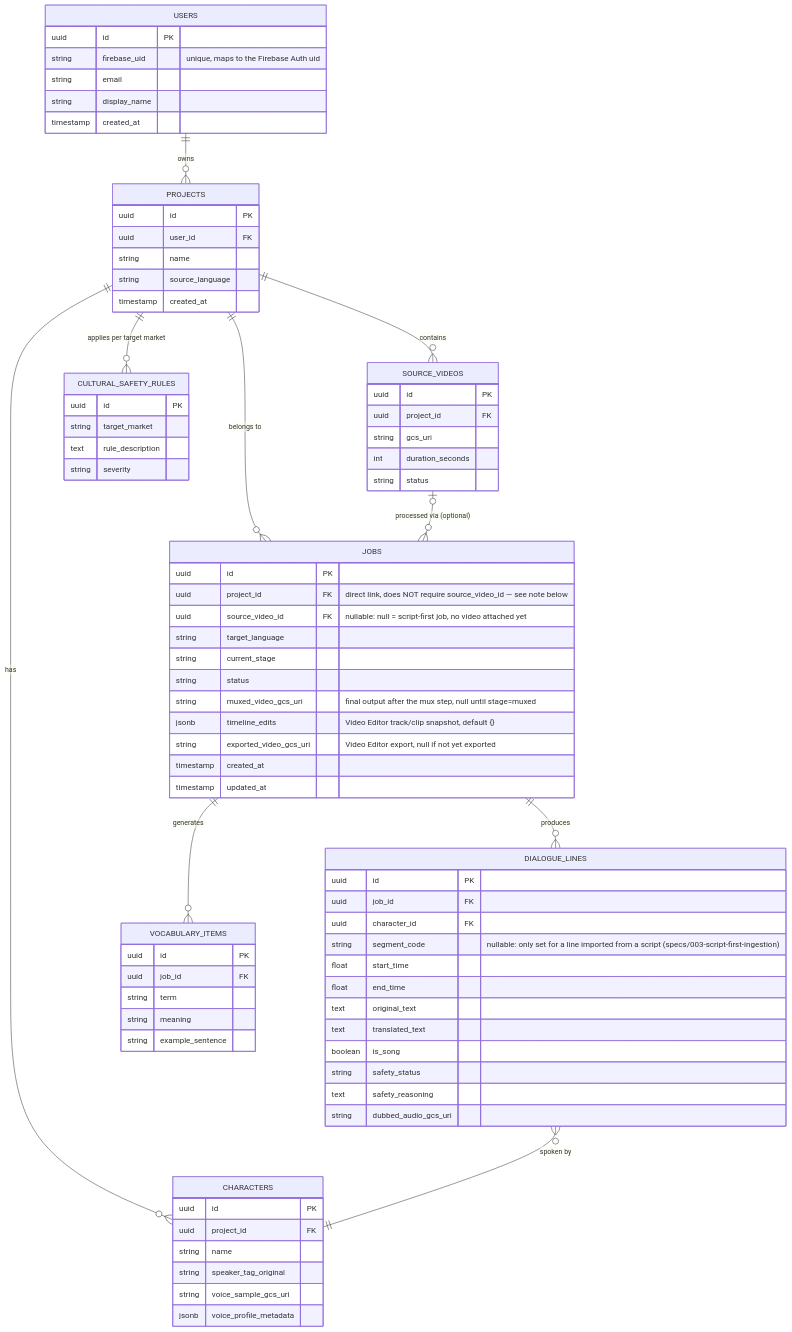
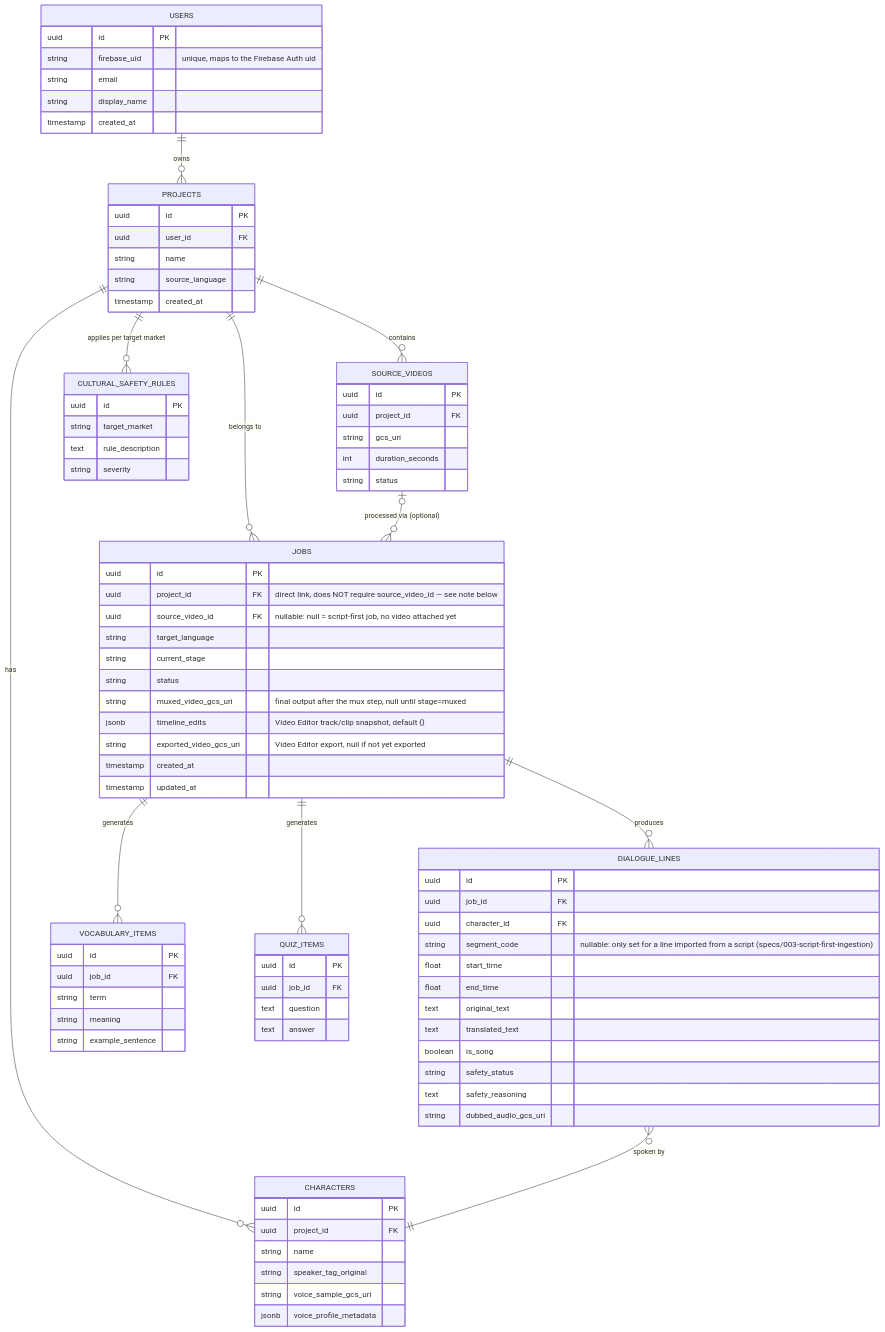
One commit to datnguyentien0401/xivi-dubbing-video changed the diagram in docs/database-schema.md. Above: the diagram before and after it, drawn with Mermaid. The commit also changed other lines of this file and 32 other files, not shown here.

```diff
--- a/docs/database-schema.md
+++ b/docs/database-schema.md
@@ -24,6 +24,7 @@
     JOBS ||--o{ DIALOGUE_LINES : produces
     DIALOGUE_LINES }o--|| CHARACTERS : "spoken by"
     JOBS ||--o{ VOCABULARY_ITEMS : generates
+    JOBS ||--o{ QUIZ_ITEMS : generates
     PROJECTS ||--o{ CULTURAL_SAFETY_RULES : "applies per target market"
 
     USERS {
@@ -96,6 +97,13 @@
         string example_sentence
     }
 
+    QUIZ_ITEMS {
+        uuid id PK
+        uuid job_id FK
+        text question
+        text answer
+    }
+
     CULTURAL_SAFETY_RULES {
         uuid id PK
         string target_market
```
